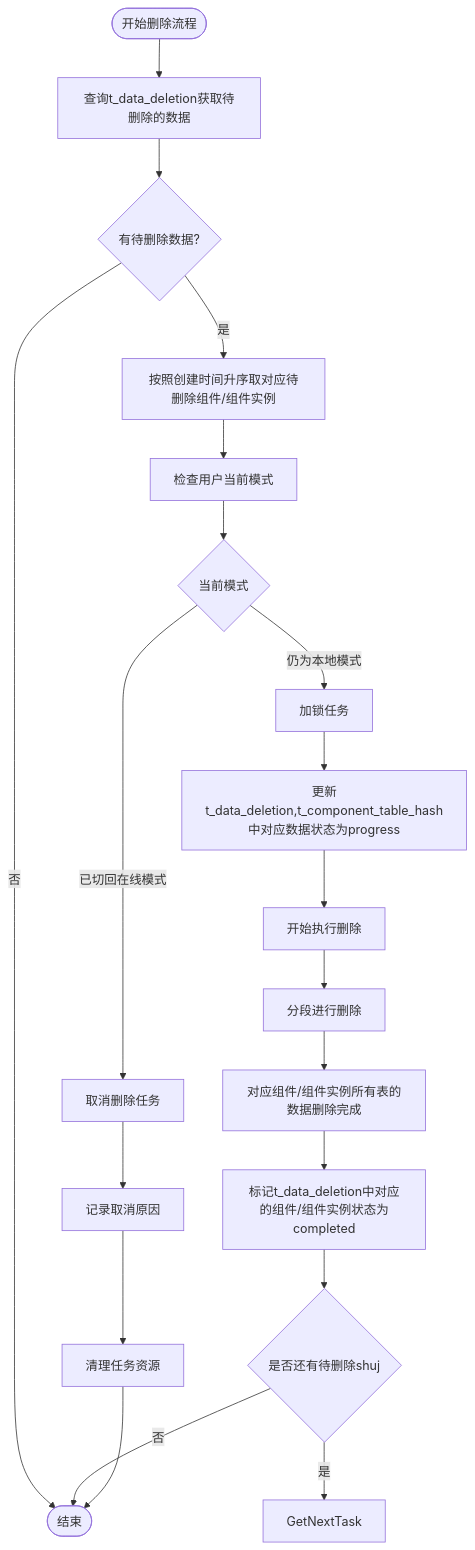
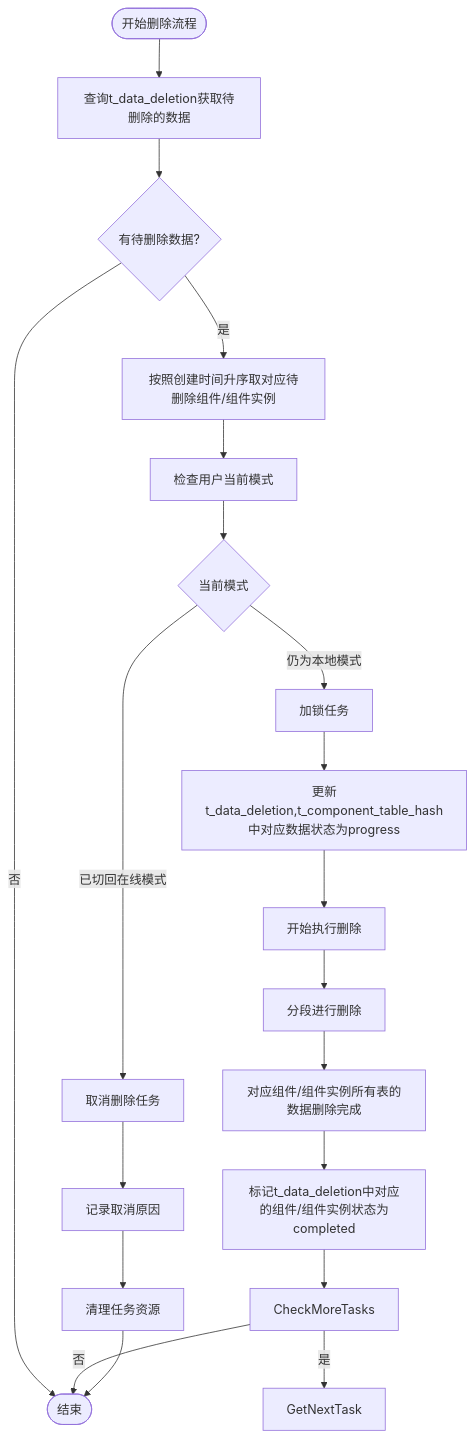
The diagram in all/未命名-51.md (yingjianzh/iodraw-files), drawn with Mermaid before and after one commit.

Commit message:
2025-05-08 15:36:44 update

````diff
--- a/all/未命名-51.md
+++ b/all/未命名-51.md
@@ -1,31 +1,31 @@
 ```mermaid
 flowchart TD
     Start([开始删除流程]) --> FetchTasks[查询t_data_deletion获取待删除的数据]
     FetchTasks --> HasTasks{有待删除数据?}
     
     HasTasks -->|否| End([结束])
     HasTasks -->|是| PrioritizeTasks[按照创建时间升序取对应待删除组件/组件实例]
     
     PrioritizeTasks --> CheckUserMode[检查用户当前模式]
     
     CheckUserMode --> CurrentMode{当前模式}
     CurrentMode -->|已切回在线模式| TaskCancel[取消删除任务]
     CurrentMode -->|仍为本地模式| LockTask[加锁任务]
     
     LockTask --> UpdateStatus[更新t_data_deletion,t_component_table_hash中对应数据状态为progress]
     UpdateStatus --> BeginDeletion[开始执行删除]
     
     BeginDeletion --> A[分段进行删除]
     
     A --> B[对应组件/组件实例所有表的数据删除完成]
     B --> MarkCompleted[标记t_data_deletion中对应的组件/组件实例状态为completed]
     
     TaskCancel --> LogCancellation[记录取消原因]
     LogCancellation --> CleanupTask[清理任务资源]
     
-    MarkCompleted --> CheckMoreTasks{是否还有待删除shuj }
+    MarkCompleted --> 
     CheckMoreTasks -->|是| GetNextTask
     CheckMoreTasks -->|否| End
     
     CleanupTask --> End
 ```
````
